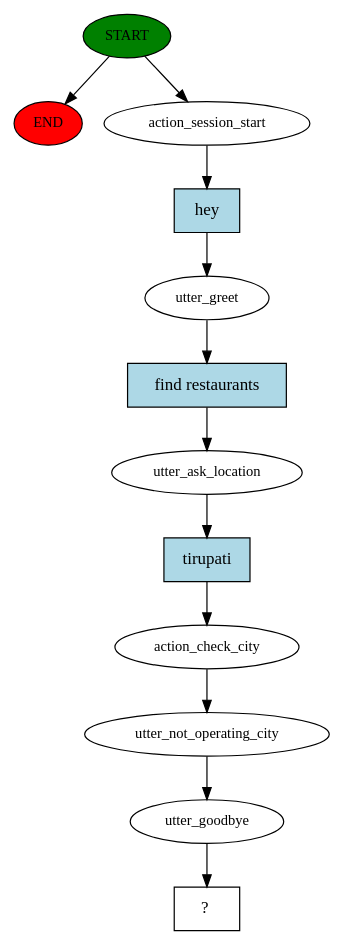
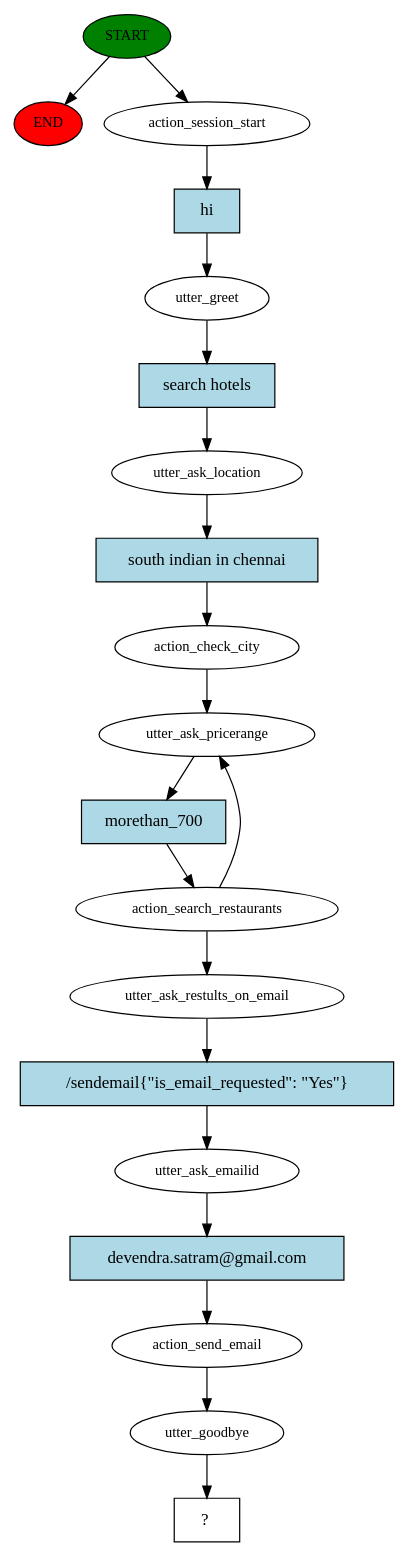
One commit to devasci/rasa_casestudy changed the diagram in story_graph.dot. Above: the diagram before and after it, drawn with Graphviz. The commit also changed 6 other files, not shown here.

```diff
--- a/story_graph.dot
+++ b/story_graph.dot
@@ -1,25 +1,40 @@
 digraph  {
 0 [class="start active", fillcolor=green, fontsize=12, label=START, style=filled];
 "-1" [class=end, fillcolor=red, fontsize=12, label=END, style=filled];
 1 [class=active, fontsize=12, label=action_session_start];
 2 [class=active, fontsize=12, label=utter_greet];
 3 [class=active, fontsize=12, label=utter_ask_location];
 4 [class=active, fontsize=12, label=action_check_city];
-5 [class=active, fontsize=12, label=utter_not_operating_city];
-6 [class=active, fontsize=12, label=utter_goodbye];
-7 [class="intent dashed active", label="  ?  ", shape=rect];
-8 [class="intent active", fillcolor=lightblue, label=hey, shape=rect, style=filled];
-9 [class="intent active", fillcolor=lightblue, label="find restaurants", shape=rect, style=filled];
-10 [class="intent active", fillcolor=lightblue, label=tirupati, shape=rect, style=filled];
+5 [class=active, fontsize=12, label=utter_ask_pricerange];
+6 [class=active, fontsize=12, label=action_search_restaurants];
+11 [class=active, fontsize=12, label=utter_ask_restults_on_email];
+12 [class=active, fontsize=12, label=utter_ask_emailid];
+13 [class=active, fontsize=12, label=action_send_email];
+14 [class=active, fontsize=12, label=utter_goodbye];
+15 [class="intent dashed active", label="  ?  ", shape=rect];
+16 [class="intent active", fillcolor=lightblue, label=hi, shape=rect, style=filled];
+17 [class="intent active", fillcolor=lightblue, label="search hotels", shape=rect, style=filled];
+18 [class="intent active", fillcolor=lightblue, label="south indian in chennai", shape=rect, style=filled];
+19 [class="intent active", fillcolor=lightblue, label=morethan_700, shape=rect, style=filled];
+20 [class="intent active", fillcolor=lightblue, label="/sendemail{\"is_email_requested\": \"Yes\"}", shape=rect, style=filled];
+21 [class="intent active", fillcolor=lightblue, label="devendra.satram@gmail.com", shape=rect, style=filled];
 0 -> "-1"  [class="", key=NONE, label=""];
 0 -> 1  [class=active, key=NONE, label=""];
-1 -> 8  [class=active, key=0];
-2 -> 9  [class=active, key=0];
-3 -> 10  [class=active, key=0];
+1 -> 16  [class=active, key=0];
+2 -> 17  [class=active, key=0];
+3 -> 18  [class=active, key=0];
 4 -> 5  [class=active, key=NONE, label=""];
-5 -> 6  [class=active, key=NONE, label=""];
-6 -> 7  [class=active, key=NONE, label=""];
-8 -> 2  [class=active, key=0];
-9 -> 3  [class=active, key=0];
-10 -> 4  [class=active, key=0];
+5 -> 19  [class=active, key=0];
+6 -> 5  [class=active, key=NONE, label=""];
+6 -> 11  [class=active, key=NONE, label=""];
+11 -> 20  [class=active, key=0];
+12 -> 21  [class=active, key=0];
+13 -> 14  [class=active, key=NONE, label=""];
+14 -> 15  [class=active, key=NONE, label=""];
+16 -> 2  [class=active, key=0];
+17 -> 3  [class=active, key=0];
+18 -> 4  [class=active, key=0];
+19 -> 6  [class=active, key=0];
+20 -> 12  [class=active, key=0];
+21 -> 13  [class=active, key=0];
 }
```
